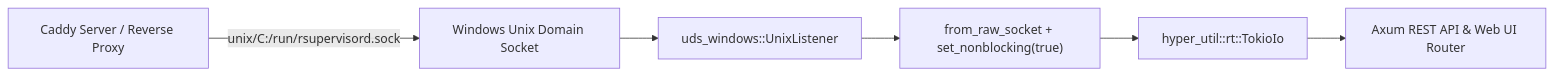
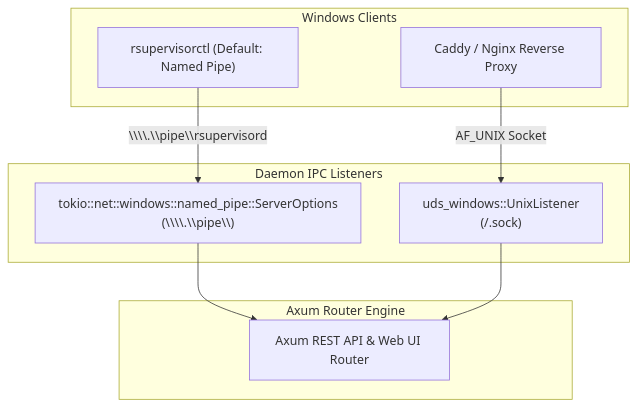
The seventh of 8 diagrams in docs/DESIGN.md (spritetong/rsupervisord), drawn with Mermaid before and after one commit. The commit also changed other lines of this file and 22 other files, not shown here.

````diff
--- a/docs/DESIGN.md
+++ b/docs/DESIGN.md
@@ -574,8 +640,21 @@
 ```mermaid
-flowchart LR
-    Caddy["Caddy Server / Reverse Proxy"] -->|unix/C:/run/rsupervisord.sock| UDS["Windows Unix Domain Socket"]
-    UDS --> UdsWindows["uds_windows::UnixListener"]
-    UdsWindows --> RawSocket["from_raw_socket + set_nonblocking(true)"]
-    RawSocket --> TokioIo["hyper_util::rt::TokioIo"]
-    TokioIo --> AxumRouter["Axum REST API & Web UI Router"]
+flowchart TD
+    subgraph WindowsClient ["Windows Clients"]
+        CLI_Pipe["rsupervisorctl (Default: Named Pipe)"]
+        ReverseProxy["Caddy / Nginx Reverse Proxy"]
+    end
+
+    subgraph WindowsIPC ["Daemon IPC Listeners"]
+        PipeListener["tokio::net::windows::named_pipe::ServerOptions\n(\\\\.\\pipe\\<cmd_name>)"]
+        UdsListener["uds_windows::UnixListener\n(<config_dir>/<cmd_name>.sock)"]
+    end
+
+    subgraph CoreEngine ["Axum Router Engine"]
+        AxumRouter["Axum REST API & Web UI Router"]
+    end
+
+    CLI_Pipe -->|\\\\.\\pipe\\rsupervisord| PipeListener
+    ReverseProxy -->|AF_UNIX Socket| UdsListener
+    PipeListener --> AxumRouter
+    UdsListener --> AxumRouter
 ```
````
